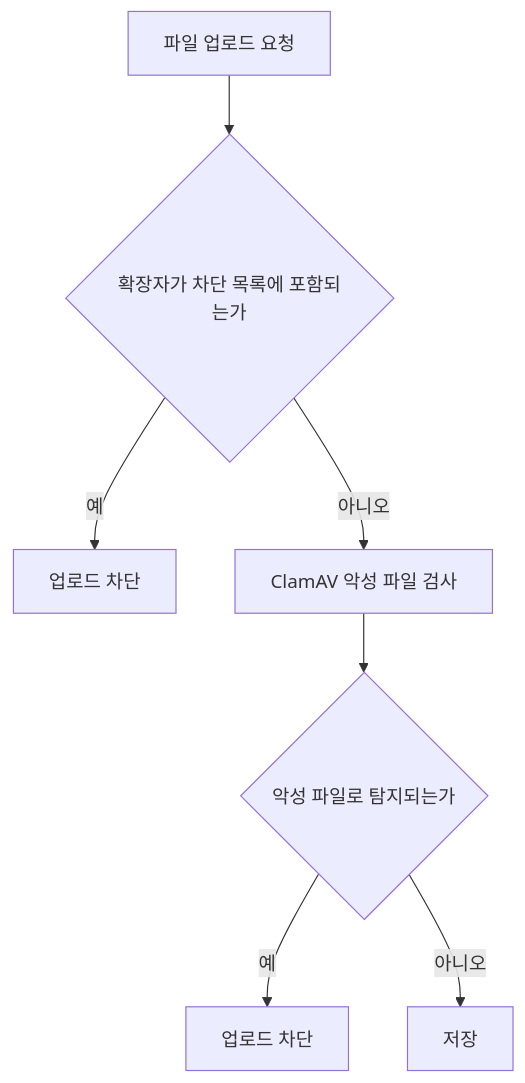
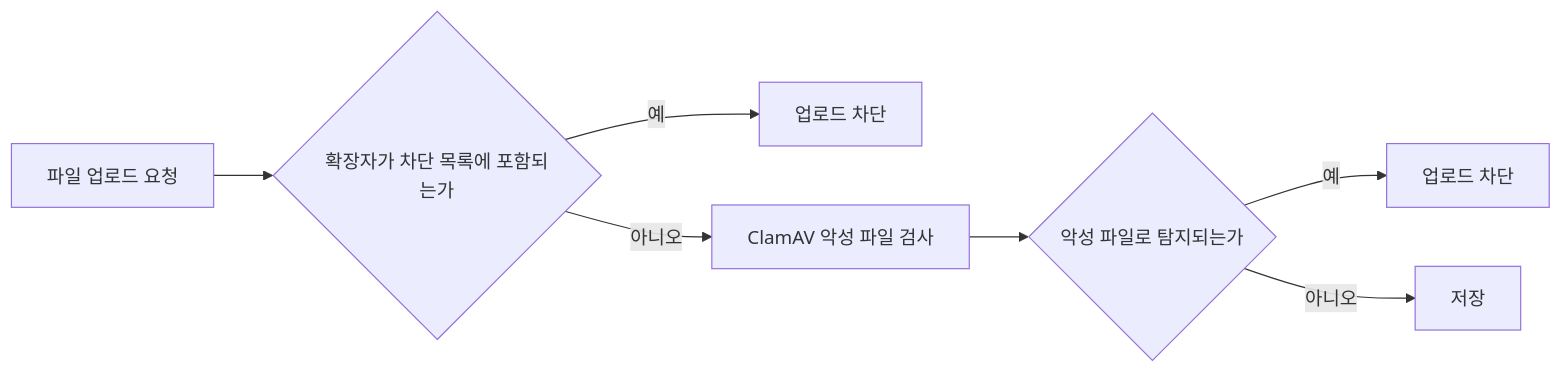
One commit to seungjoonH/extension-blocker changed the first of 2 diagrams in docs/CONSIDERATIONS.md. Above: the diagram before and after it, drawn with Mermaid. The commit also changed other lines of this file, not shown here.

````diff
--- a/docs/CONSIDERATIONS.md
+++ b/docs/CONSIDERATIONS.md
@@ -20,9 +24,9 @@
 ```mermaid
-flowchart TD
+flowchart LR
     A[파일 업로드 요청] --> B{확장자가 차단 목록에 포함되는가}
     B -- 예 --> C[업로드 차단]
     B -- 아니오 --> D[ClamAV 악성 파일 검사]
     D --> E{악성 파일로 탐지되는가}
     E -- 예 --> F[업로드 차단]
     E -- 아니오 --> G[저장]
 ```
````
